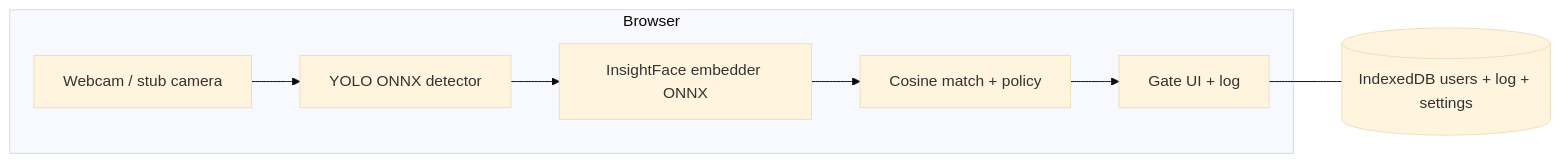
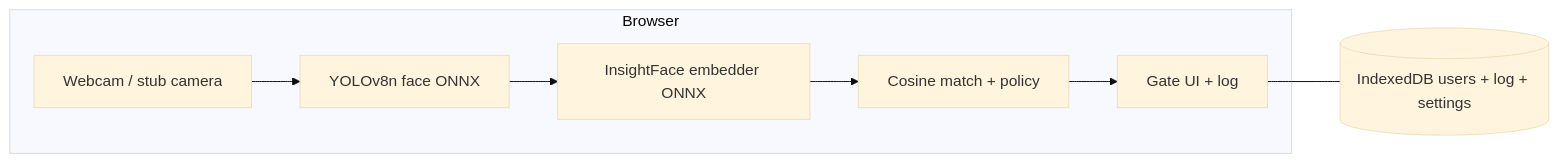
The diagram in docs/ARCHITECTURE.md (MichaelHabermas/let-me-in), drawn with Mermaid (base theme) before and after one commit. The commit also changed other lines of this file and 14 other files, not shown here.

First line of the commit message:
Update face detection model to YOLOv8n and enhance documentation

````diff
--- a/docs/ARCHITECTURE.md
+++ b/docs/ARCHITECTURE.md
@@ -5,15 +5,15 @@
 ```mermaid
 flowchart LR
   subgraph client [Browser]
     Cam[Webcam / stub camera]
-    Det[YOLO ONNX detector]
+    Det[YOLOv8n face ONNX]
     Emb[InsightFace embedder ONNX]
     Match[Cosine match + policy]
     UI[Gate UI + log]
   end
   Cam --> Det
   Det --> Emb
   Emb --> Match
   Match --> UI
   UI --- IDB[(IndexedDB users + log + settings)]
 ```
````
